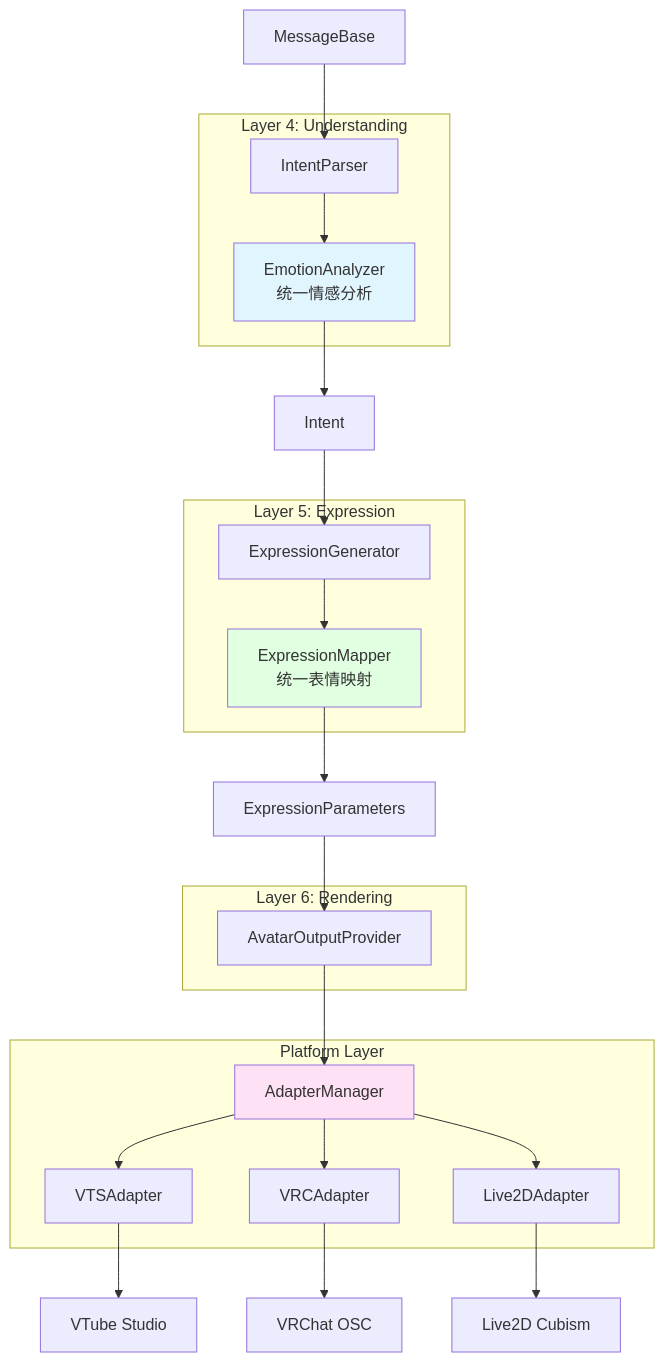
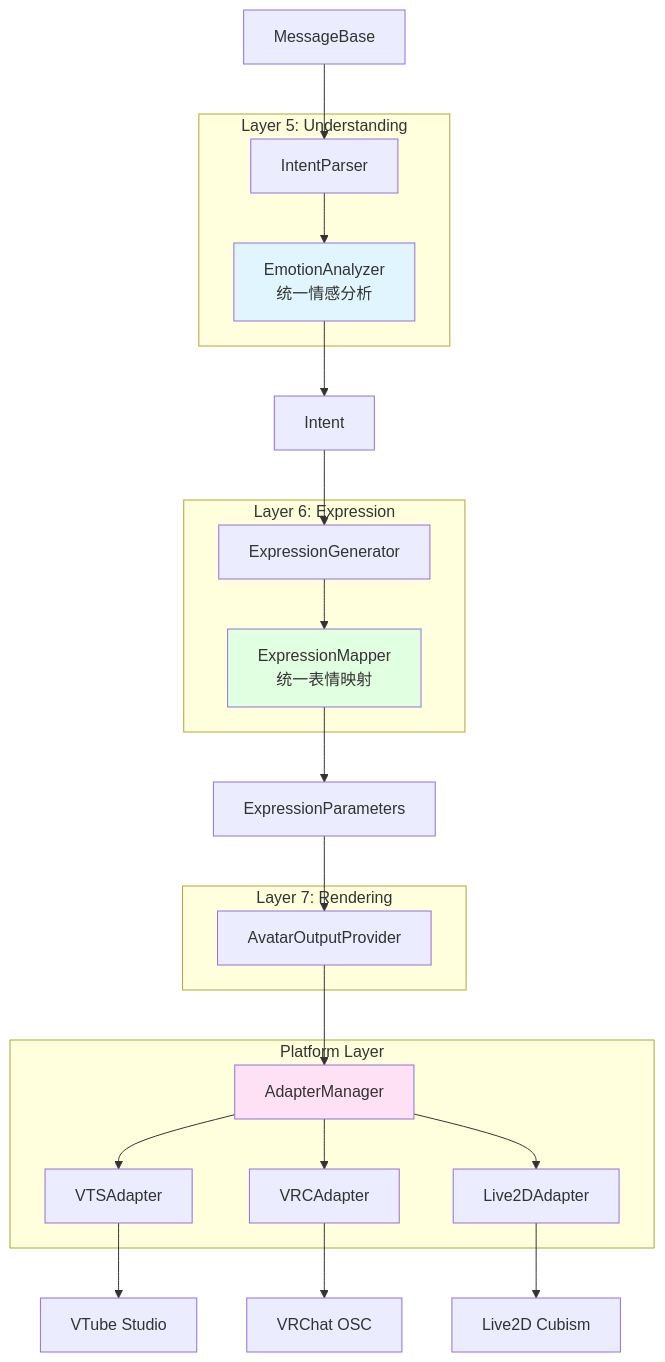
One commit to Mai-with-u/Amaidesu changed the second of 3 diagrams in refactor/design/avatar_refactoring.md. Above: the diagram before and after it, drawn with Mermaid. The commit also changed other lines of this file and 46 other files, not shown here.

````diff
--- a/refactor/design/avatar_refactoring.md
+++ b/refactor/design/avatar_refactoring.md
@@ -69,45 +69,45 @@
 ```mermaid
 graph TB
-    subgraph "Layer 4: Understanding"
+    subgraph "Layer 5: Understanding"
         INTENT_PARSER[IntentParser]
         EMOTION_ANALYZER[EmotionAnalyzer<br/>统一情感分析]
     end
 
-    subgraph "Layer 5: Expression"
+    subgraph "Layer 6: Expression"
         EXPR_GEN[ExpressionGenerator]
         EXPR_MAPPER[ExpressionMapper<br/>统一表情映射]
     end
 
-    subgraph "Layer 6: Rendering"
+    subgraph "Layer 7: Rendering"
         AVATAR_PROVIDER[AvatarOutputProvider]
     end
 
     subgraph "Platform Layer"
         ADAPTER_MGR[AdapterManager]
         VTS[VTSAdapter]
         VRC[VRCAdapter]
         LIVE2D[Live2DAdapter]
     end
 
     MSG[MessageBase] --> INTENT_PARSER
     INTENT_PARSER --> EMOTION_ANALYZER
     EMOTION_ANALYZER --> INTENT[Intent]
     
     INTENT --> EXPR_GEN
     EXPR_GEN --> EXPR_MAPPER
     EXPR_MAPPER --> PARAMS[ExpressionParameters]
     
     PARAMS --> AVATAR_PROVIDER
     AVATAR_PROVIDER --> ADAPTER_MGR
     ADAPTER_MGR --> VTS
     ADAPTER_MGR --> VRC
     ADAPTER_MGR --> LIVE2D
 
     VTS --> VTS_API[VTube Studio]
     VRC --> VRC_API[VRChat OSC]
     LIVE2D --> LIVE2D_API[Live2D Cubism]
 
     style EMOTION_ANALYZER fill:#e1f5ff
     style EXPR_MAPPER fill:#e1ffe1
     style ADAPTER_MGR fill:#ffe1f5
 ```
````
